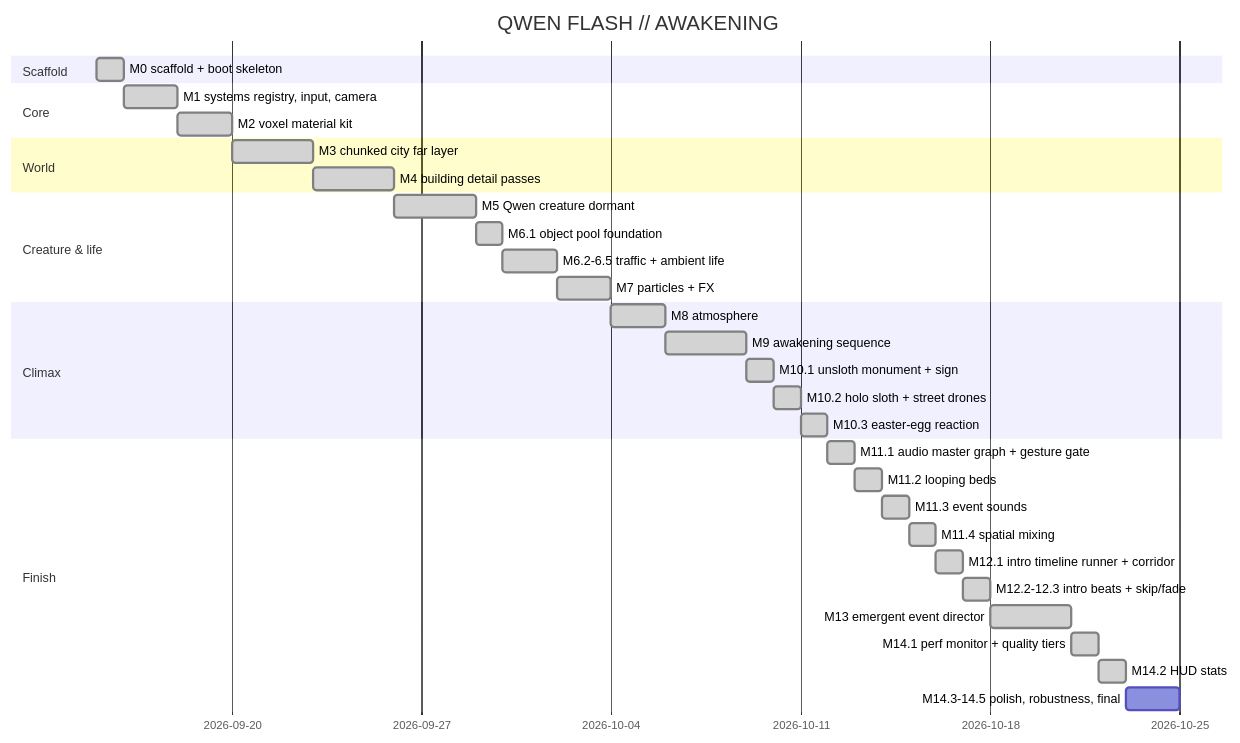
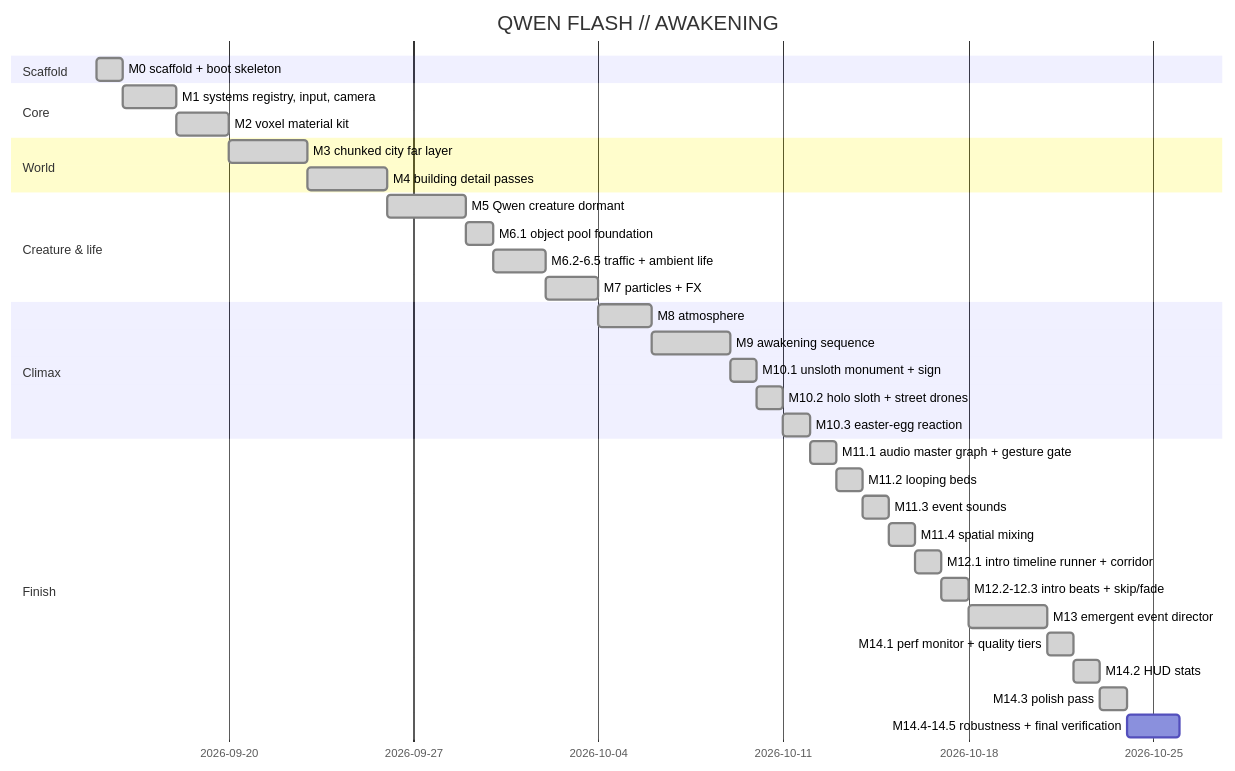
Before and after one commit to dilled/3dVoxelDemo: the diagram in brain/roadmap.md, drawn with Mermaid. The commit also changed other lines of this file and 6 other files, not shown here.

````diff
--- a/brain/roadmap.md
+++ b/brain/roadmap.md
@@ -12,35 +12,36 @@
 ```mermaid
 gantt
   title QWEN FLASH // AWAKENING
   dateFormat YYYY-MM-DD
   section Scaffold
   M0 scaffold + boot skeleton :done, m0, 2026-09-15, 1d
   section Core
   M1 systems registry, input, camera :done, m1, after m0, 2d
   M2 voxel material kit :done, m2, after m1, 2d
   section World
   M3 chunked city far layer :done, m3, after m2, 3d
   M4 building detail passes :done, m4, after m3, 3d
   section Creature & life
   M5 Qwen creature dormant :done, m5, after m4, 3d
   M6.1 object pool foundation :done, m61, after m5, 1d
   M6.2-6.5 traffic + ambient life :done, m6, after m61, 2d
   M7 particles + FX :done, m7, after m6, 2d
   section Climax
   M8 atmosphere :done, m8, after m7, 2d
   M9 awakening sequence :done, m9, after m8, 3d
   M10.1 unsloth monument + sign :done, m101, after m9, 1d
   M10.2 holo sloth + street drones :done, m102, after m101, 1d
   M10.3 easter-egg reaction :done, m103, after m102, 1d
   section Finish
   M11.1 audio master graph + gesture gate :done, m111, after m103, 1d
   M11.2 looping beds :done, m112, after m111, 1d
   M11.3 event sounds :done, m113, after m112, 1d
   M11.4 spatial mixing :done, m114, after m113, 1d
   M12.1 intro timeline runner + corridor :done, m121, after m114, 1d
   M12.2-12.3 intro beats + skip/fade :done, m12, after m121, 1d
   M13 emergent event director :done, m13, after m12, 3d
   M14.1 perf monitor + quality tiers :done, m141, after m13, 1d
   M14.2 HUD stats :done, m142, after m141, 1d
-  M14.3-14.5 polish, robustness, final :m14, after m142, 2d
+  M14.3 polish pass :done, m143, after m142, 1d
+  M14.4-14.5 robustness + final verification :m14, after m143, 2d
 ```
````
